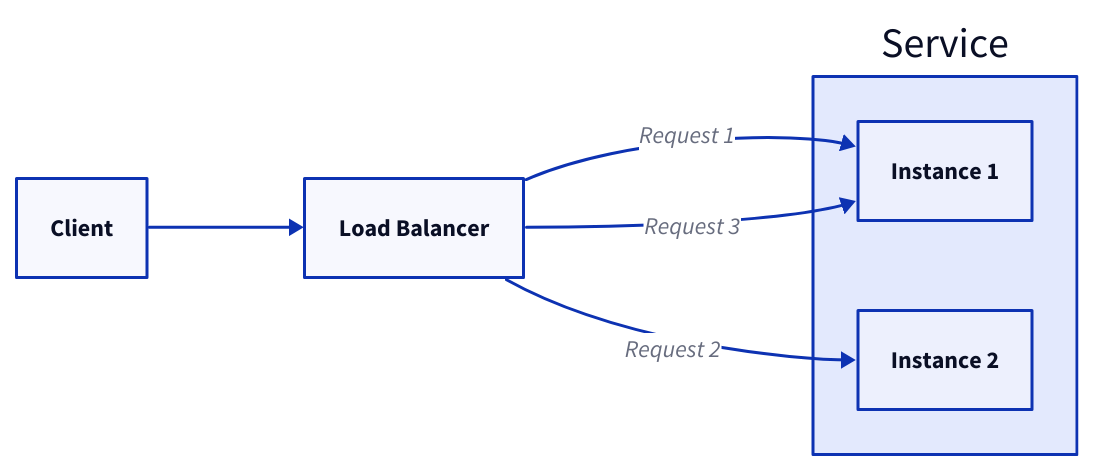
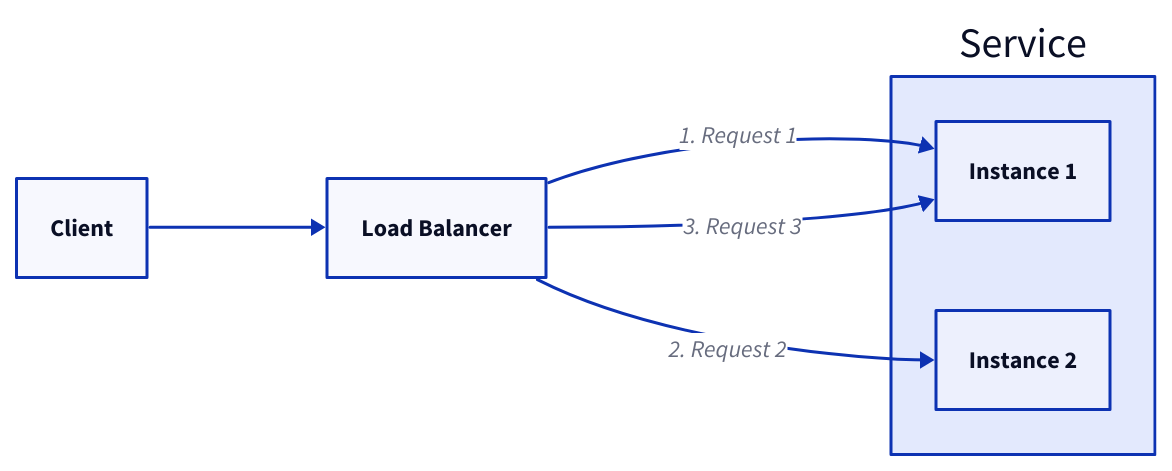
Before and after one commit to link1905/system-design-101: the third of 20 diagrams in content/docs/web-service/load-balancer.md, drawn with D2. The commit also changed other lines of this file and 14 other files, not shown here.

````diff
--- a/content/docs/web-service/load-balancer.md
+++ b/content/docs/web-service/load-balancer.md
@@ -86,23 +97,23 @@
 ```d2
 
 direction: right
 s: Service {
   s1: Instance 1 {
     class: server
   }
   s2: Instance 2 {
     class: server
   }
 
 }
 lb: Load Balancer {
   class: lb
 }
 c: Client {
   class: client
 }
 c -> lb
-lb -> s.s1: Request 1
-lb -> s.s2: Request 2
-lb -> s.s1: Request 3
+lb -> s.s1: 1. Request 1
+lb -> s.s2: 2. Request 2
+lb -> s.s1: 3. Request 3
 ```
````
